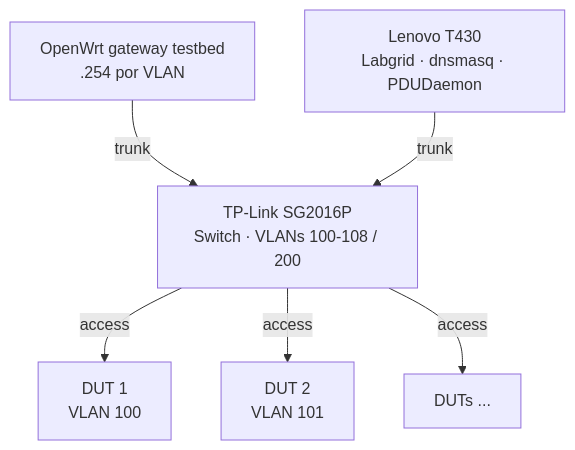
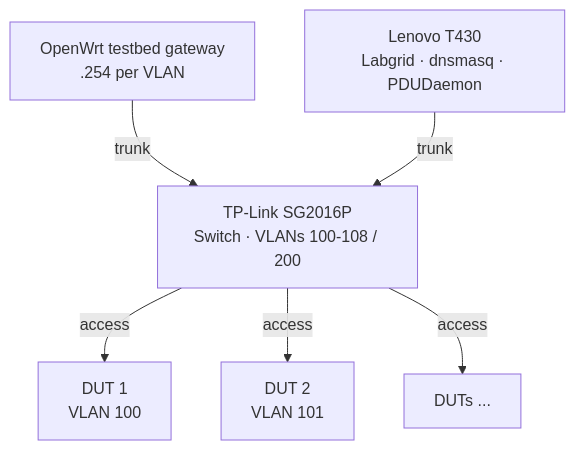
Before and after one commit to ccasanueva7/fcefyn_testbed_utils: the first of 2 diagrams in docs/diseno/hybrid-lab-proposal.md, drawn with Mermaid. The commit also changed other lines of this file, not shown here.

````diff
--- a/docs/diseno/hybrid-lab-proposal.md
+++ b/docs/diseno/hybrid-lab-proposal.md
@@ -98,17 +98,17 @@
 ```mermaid
 flowchart TB
-    GW["OpenWrt gateway testbed\n.254 por VLAN"]
+    GW["OpenWrt testbed gateway\n.254 per VLAN"]
 
     SW["TP-Link SG2016P\nSwitch · VLANs 100-108 / 200"]
 
     HOST["Lenovo T430\nLabgrid · dnsmasq · PDUDaemon"]
     D1["DUT 1\nVLAN 100"]
     D2["DUT 2\nVLAN 101"]
     DN["DUTs ..."]
 
     GW -->|trunk| SW
     HOST -->|trunk| SW
     SW -->|access| D1
     SW -->|access| D2
     SW -->|access| DN
 ```
````
